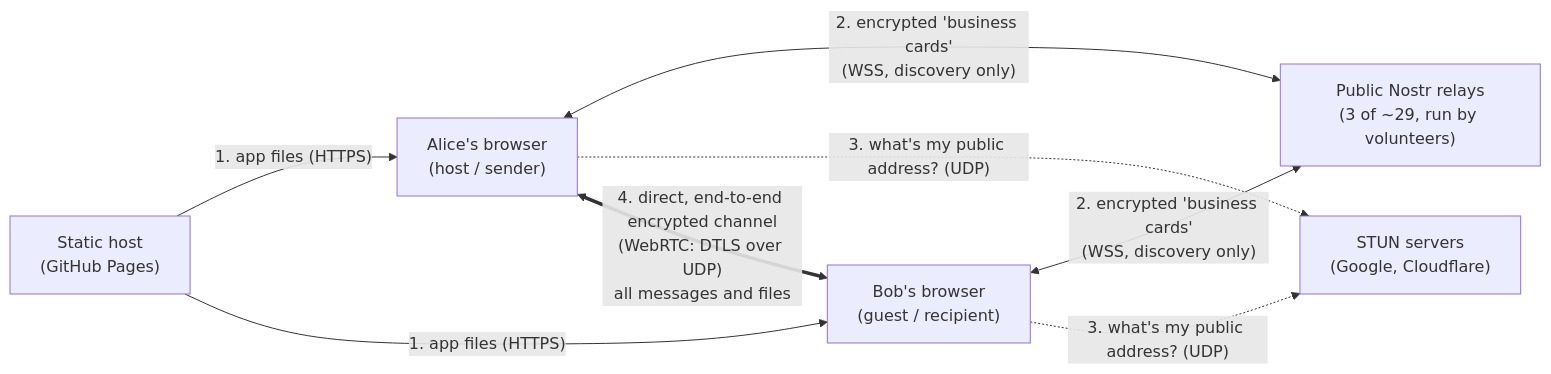
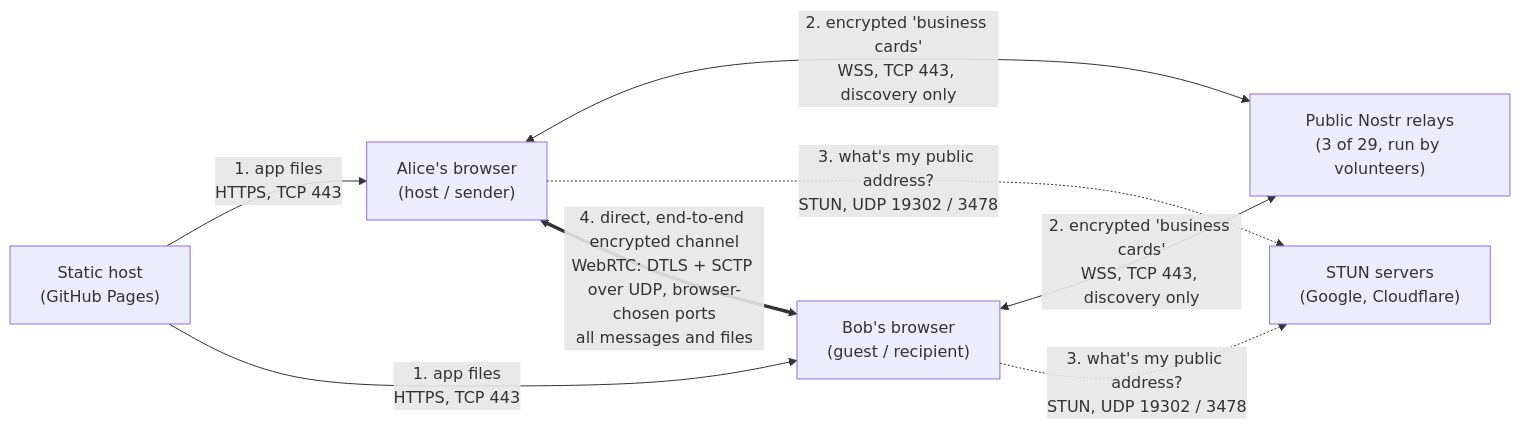
Before and after one commit to common-sec/secure-share: the first of 6 diagrams in docs/COMMUNICATION.md, drawn with Mermaid. The commit also changed other lines of this file, not shown here.

First line of the commit message:
Explain the connection with real message examples, sources and ports

````diff
--- a/docs/COMMUNICATION.md
+++ b/docs/COMMUNICATION.md
@@ -10,16 +14,16 @@
 ```mermaid
 flowchart LR
     A["Alice's browser<br/>(host / sender)"]
     B["Bob's browser<br/>(guest / recipient)"]
     S["Static host<br/>(GitHub Pages)"]
-    R["Public Nostr relays<br/>(3 of ~29, run by volunteers)"]
+    R["Public Nostr relays<br/>(3 of 29, run by volunteers)"]
     T["STUN servers<br/>(Google, Cloudflare)"]
 
-    S -- "1. app files (HTTPS)" --> A
-    S -- "1. app files (HTTPS)" --> B
-    A <-- "2. encrypted 'business cards'<br/>(WSS, discovery only)" --> R
-    B <-- "2. encrypted 'business cards'<br/>(WSS, discovery only)" --> R
-    A -. "3. what's my public address? (UDP)" .-> T
-    B -. "3. what's my public address? (UDP)" .-> T
-    A <== "4. direct, end-to-end encrypted channel<br/>(WebRTC: DTLS over UDP)<br/>all messages and files" ==> B
+    S -- "1. app files<br/>HTTPS, TCP 443" --> A
+    S -- "1. app files<br/>HTTPS, TCP 443" --> B
+    A <-- "2. encrypted 'business cards'<br/>WSS, TCP 443, discovery only" --> R
+    B <-- "2. encrypted 'business cards'<br/>WSS, TCP 443, discovery only" --> R
+    A -. "3. what's my public address?<br/>STUN, UDP 19302 / 3478" .-> T
+    B -. "3. what's my public address?<br/>STUN, UDP 19302 / 3478" .-> T
+    A <== "4. direct, end-to-end encrypted channel<br/>WebRTC: DTLS + SCTP over UDP, browser-chosen ports<br/>all messages and files" ==> B
 ```
````
